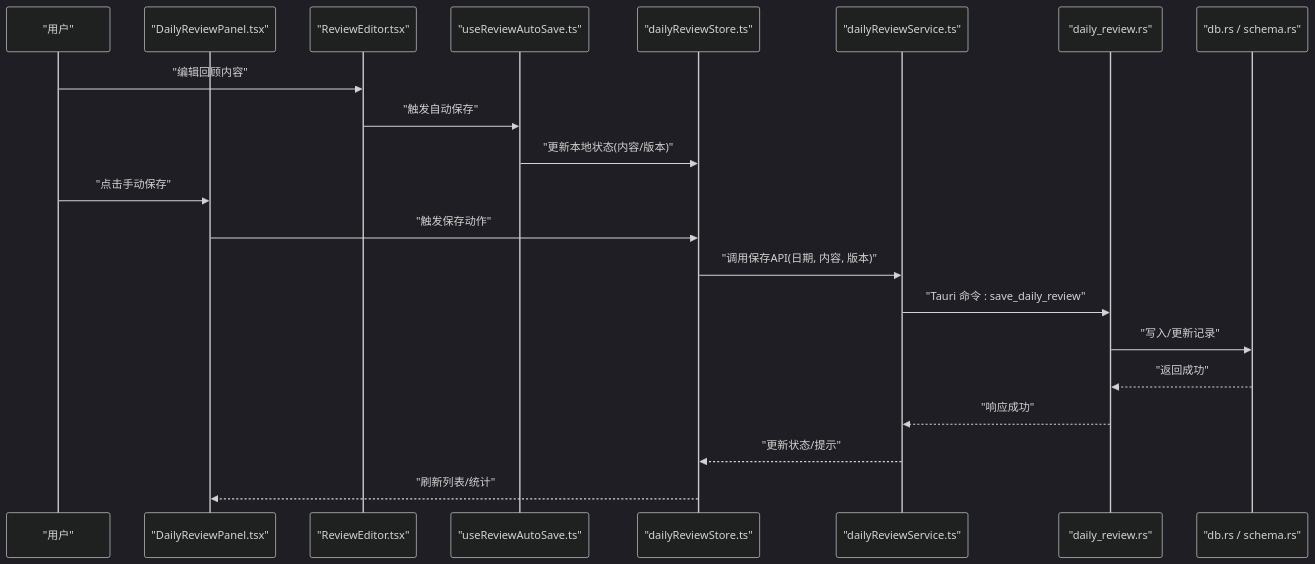
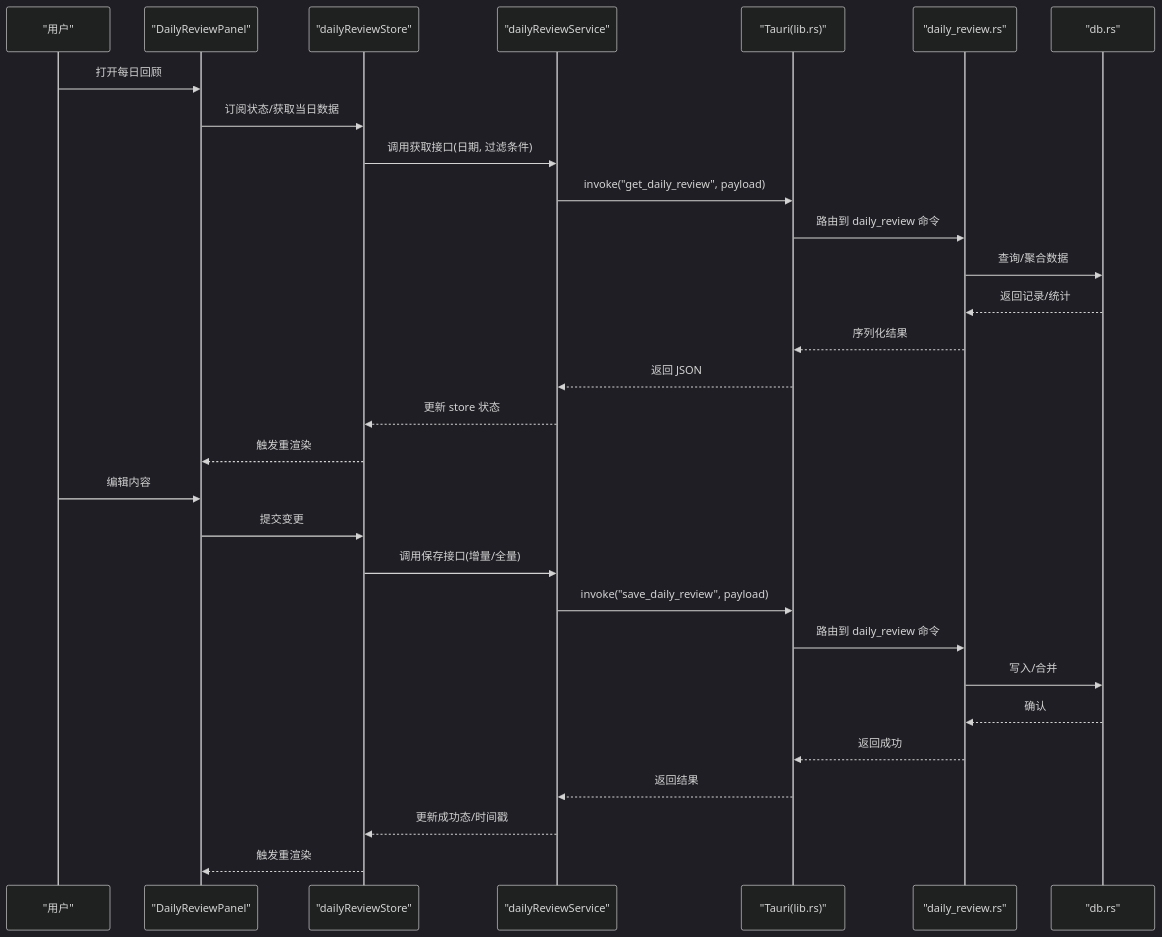
The second of 6 diagrams in .qoder/repowiki/zh/content/核心功能模块/每日回顾系统.md (gzdxhujiale/FishWorker), drawn with Mermaid (dark theme) before and after one commit. The commit also changed other lines of this file and 238 other files, not shown here.

````diff
--- a/.qoder/repowiki/zh/content/核心功能模块/每日回顾系统.md
+++ b/.qoder/repowiki/zh/content/核心功能模块/每日回顾系统.md
@@ -165,23 +107,32 @@
 ```mermaid
 sequenceDiagram
 participant U as "用户"
-participant P as "DailyReviewPanel.tsx"
-participant E as "ReviewEditor.tsx"
-participant A as "useReviewAutoSave.ts"
-participant S as "dailyReviewStore.ts"
-participant SV as "dailyReviewService.ts"
+participant P as "DailyReviewPanel"
+participant S as "dailyReviewStore"
+participant SV as "dailyReviewService"
+participant T as "Tauri(lib.rs)"
 participant R as "daily_review.rs"
-participant DB as "db.rs / schema.rs"
-U->>E : "编辑回顾内容"
-E->>A : "触发自动保存"
-A->>S : "更新本地状态(内容/版本)"
-U->>P : "点击手动保存"
-P->>S : "触发保存动作"
-S->>SV : "调用保存API(日期, 内容, 版本)"
-SV->>R : "Tauri 命令 : save_daily_review"
-R->>DB : "写入/更新记录"
-DB-->>R : "返回成功"
-R-->>SV : "响应成功"
-SV-->>S : "更新状态/提示"
-S-->>P : "刷新列表/统计"
+participant DB as "db.rs"
+U->>P : 打开每日回顾
+P->>S : 订阅状态/获取当日数据
+S->>SV : 调用获取接口(日期, 过滤条件)
+SV->>T : invoke("get_daily_review", payload)
+T->>R : 路由到 daily_review 命令
+R->>DB : 查询/聚合数据
+DB-->>R : 返回记录/统计
+R-->>T : 序列化结果
+T-->>SV : 返回 JSON
+SV-->>S : 更新 store 状态
+S-->>P : 触发重渲染
+U->>P : 编辑内容
+P->>S : 提交变更
+S->>SV : 调用保存接口(增量/全量)
+SV->>T : invoke("save_daily_review", payload)
+T->>R : 路由到 daily_review 命令
+R->>DB : 写入/合并
+DB-->>R : 确认
+R-->>T : 返回成功
+T-->>SV : 返回结果
+SV-->>S : 更新成功态/时间戳
+S-->>P : 触发重渲染
 ```
````
